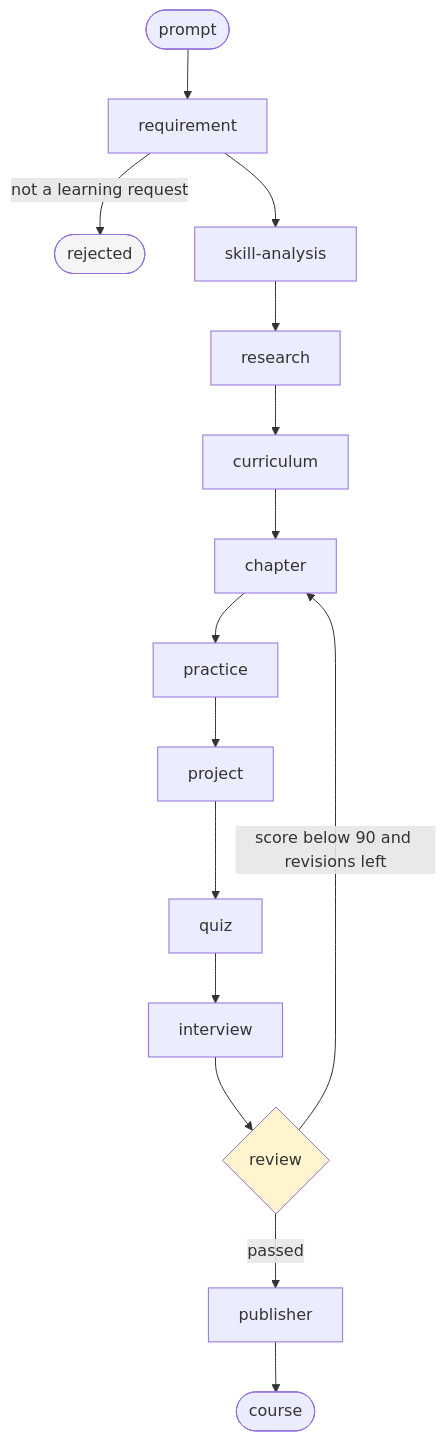
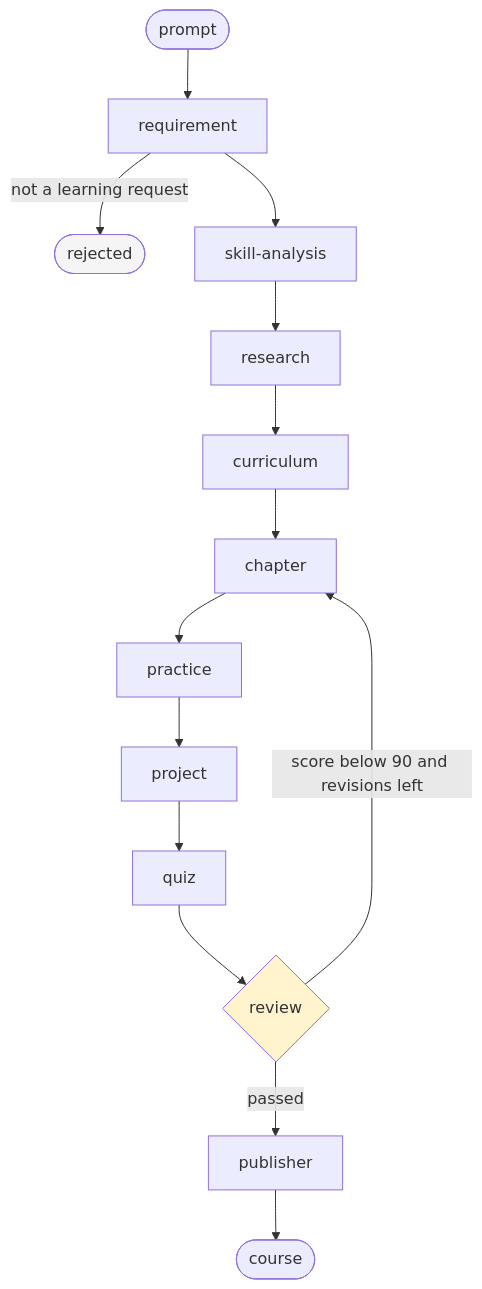
Before and after one commit to himanshuluciferr/LearnForgeAI: the third of 3 diagrams in docs/architecture.md, drawn with Mermaid. The commit also changed other lines of this file and 8 other files, not shown here.

````diff
--- a/docs/architecture.md
+++ b/docs/architecture.md
@@ -134,20 +134,19 @@
 ```mermaid
 flowchart TD
     START([prompt]) --> REQ[requirement]
     REQ -->|not a learning request| REJ([rejected])
     REQ --> SKILL[skill-analysis]
     SKILL --> RES[research]
     RES --> CUR[curriculum]
     CUR --> CH[chapter]
     CH --> PRAC[practice]
     PRAC --> PROJ[project]
     PROJ --> QUIZ[quiz]
-    QUIZ --> INT[interview]
-    INT --> REV{review}
+    QUIZ --> REV{review}
     REV -->|score below 90 and revisions left| CH
     REV -->|passed| PUB[publisher]
     PUB --> DONE([course])
 
     style REJ fill:#f5f5f5
     style REV fill:#fff4ce
 ```
````
